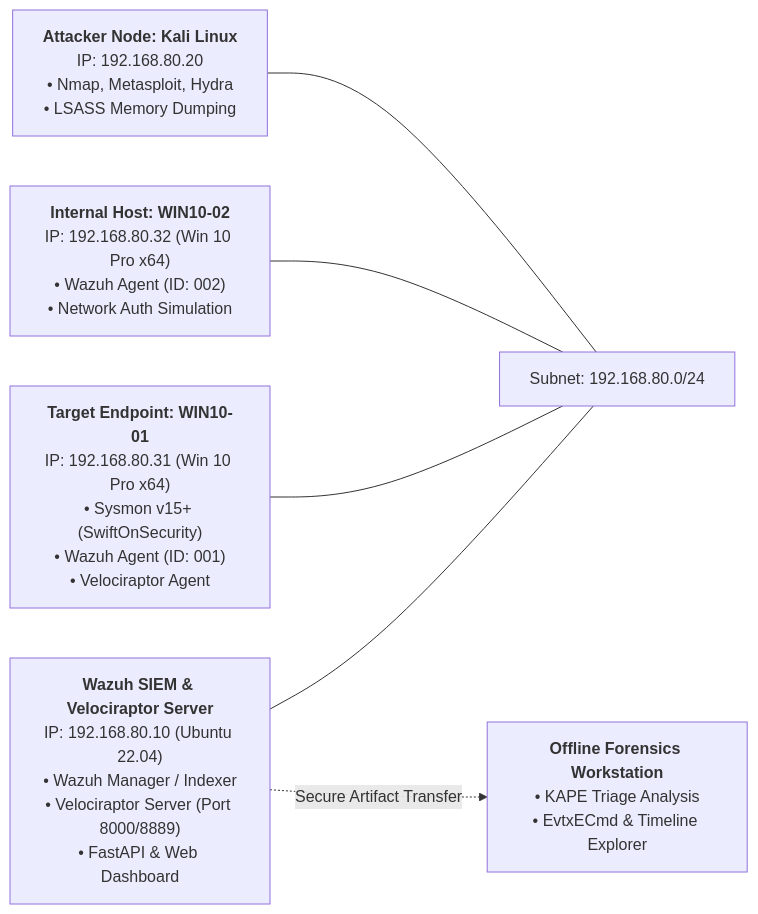
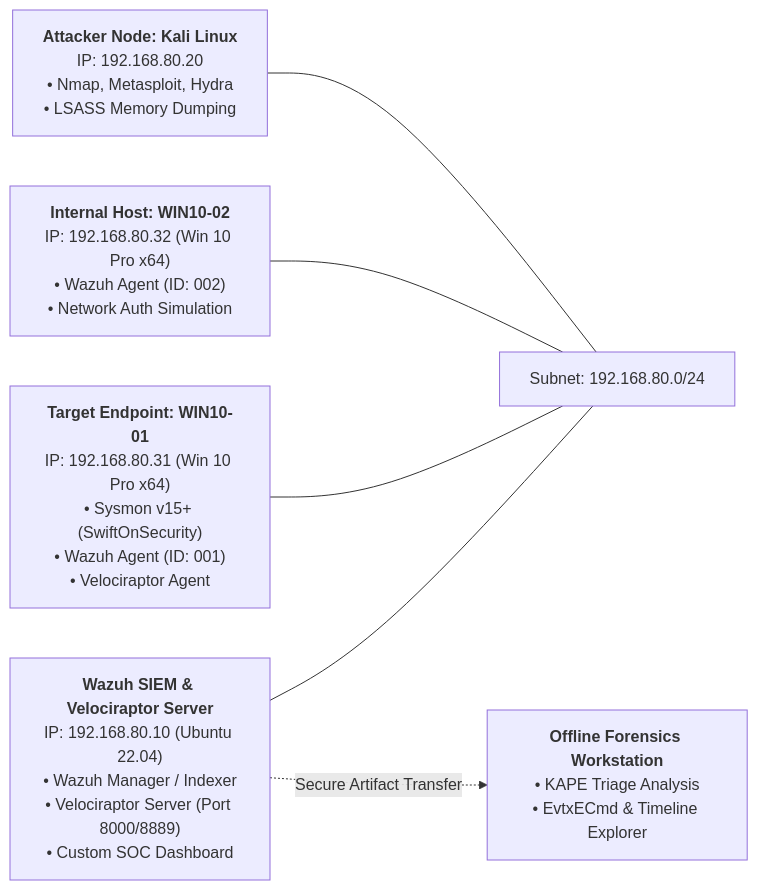
Before and after one commit to thzhquzt/Automated-DFIR-SIEM-Velociraptor-KAPE: the diagram in README.md, drawn with Mermaid. The commit also changed other lines of this file and 8 other files, not shown here.

Commit message:
feat: enhance README with architecture & lab screenshots, remove cover page from report

````diff
--- a/README.md
+++ b/README.md
@@ -25,20 +31,20 @@
 ```mermaid
 graph LR
     subnet["Subnet: 192.168.80.0/24"]
 
-    SIEM["<b>Wazuh SIEM & Velociraptor Server</b><br>IP: 192.168.80.10 (Ubuntu 22.04)<br>• Wazuh Manager / Indexer<br>• Velociraptor Server (Port 8000/8889)<br>• FastAPI & Web Dashboard"]
+    SIEM["<b>Wazuh SIEM & Velociraptor Server</b><br>IP: 192.168.80.10 (Ubuntu 22.04)<br>• Wazuh Manager / Indexer<br>• Velociraptor Server (Port 8000/8889)<br>• Custom SOC Dashboard"]
 
     W1["<b>Target Endpoint: WIN10-01</b><br>IP: 192.168.80.31 (Win 10 Pro x64)<br>• Sysmon v15+ (SwiftOnSecurity)<br>• Wazuh Agent (ID: 001)<br>• Velociraptor Agent"]
 
     W2["<b>Internal Host: WIN10-02</b><br>IP: 192.168.80.32 (Win 10 Pro x64)<br>• Wazuh Agent (ID: 002)<br>• Network Auth Simulation"]
 
     KALI["<b>Attacker Node: Kali Linux</b><br>IP: 192.168.80.20<br>• Nmap, Metasploit, Hydra<br>• LSASS Memory Dumping"]
 
     HOST["<b>Offline Forensics Workstation</b><br>• KAPE Triage Analysis<br>• EvtxECmd & Timeline Explorer"]
 
     SIEM --- subnet
     W1 --- subnet
     W2 --- subnet
     KALI --- subnet
     SIEM -.->|"Secure Artifact Transfer"| HOST
 ```
````
